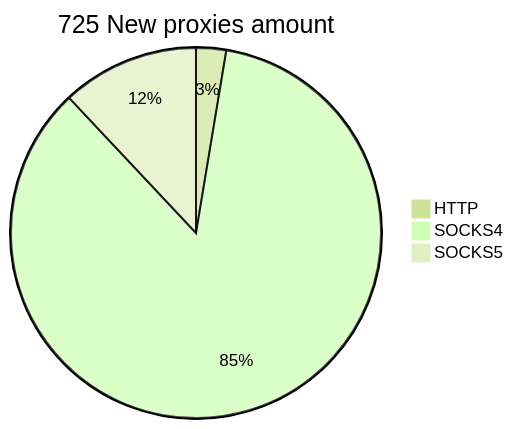
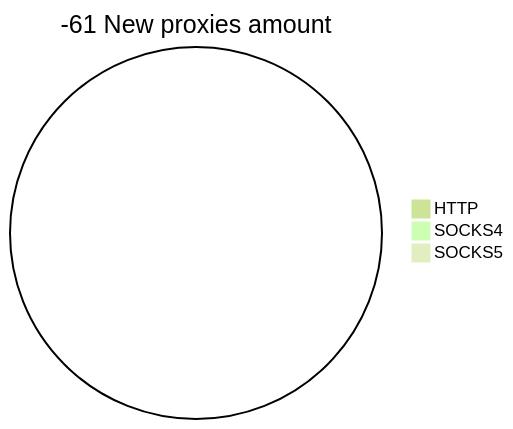
Before and after one commit to cutipu/proxylist: the second of 2 diagrams in README.md, drawn with Mermaid (forest theme). The commit also changed other lines of this file, not shown here.

````diff
--- a/README.md
+++ b/README.md
@@ -10,6 +10,6 @@
 ```mermaid
-pie title 725 New proxies amount
-    "HTTP" : 19
-    "SOCKS4" : 619
-    "SOCKS5" : 87
+pie title -61 New proxies amount
+    "HTTP" : 0
+    "SOCKS4" : 0
+    "SOCKS5" : 0
 ```
````
